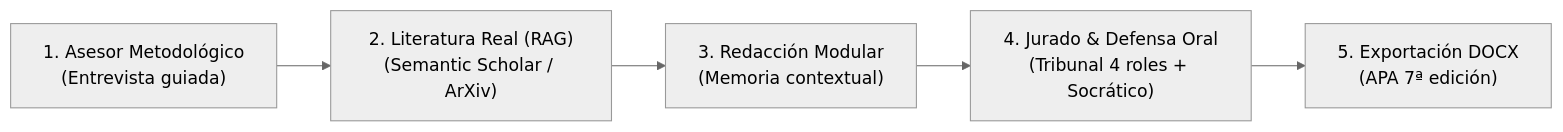
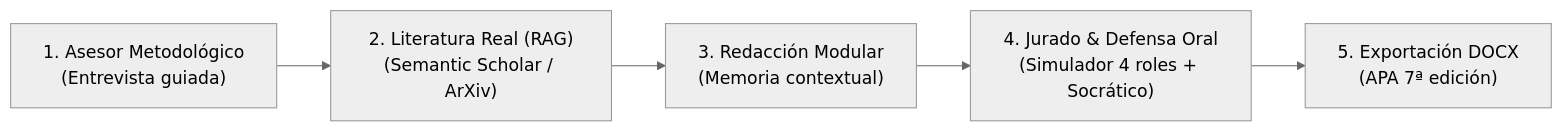
Before and after one commit to oscarbol09/thesisforge: the diagram in docs/index.md, drawn with Mermaid (neutral theme). The commit also changed other lines of this file and 12 other files, not shown here.

First line of the commit message:
docs: align architecture, roadmap and guides with actual code behavior

````diff
--- a/docs/index.md
+++ b/docs/index.md
@@ -15,7 +15,7 @@
 ```mermaid
 graph LR
     A["1. Asesor Metodológico\n(Entrevista guiada)"] --> B["2. Literatura Real (RAG)\n(Semantic Scholar / ArXiv)"]
     B --> C["3. Redacción Modular\n(Memoria contextual)"]
-    C --> D["4. Jurado & Defensa Oral\n(Tribunal 4 roles + Socrático)"]
+    C --> D["4. Jurado & Defensa Oral\n(Simulador 4 roles + Socrático)"]
     D --> E["5. Exportación DOCX\n(APA 7ª edición)"]
 ```
````
